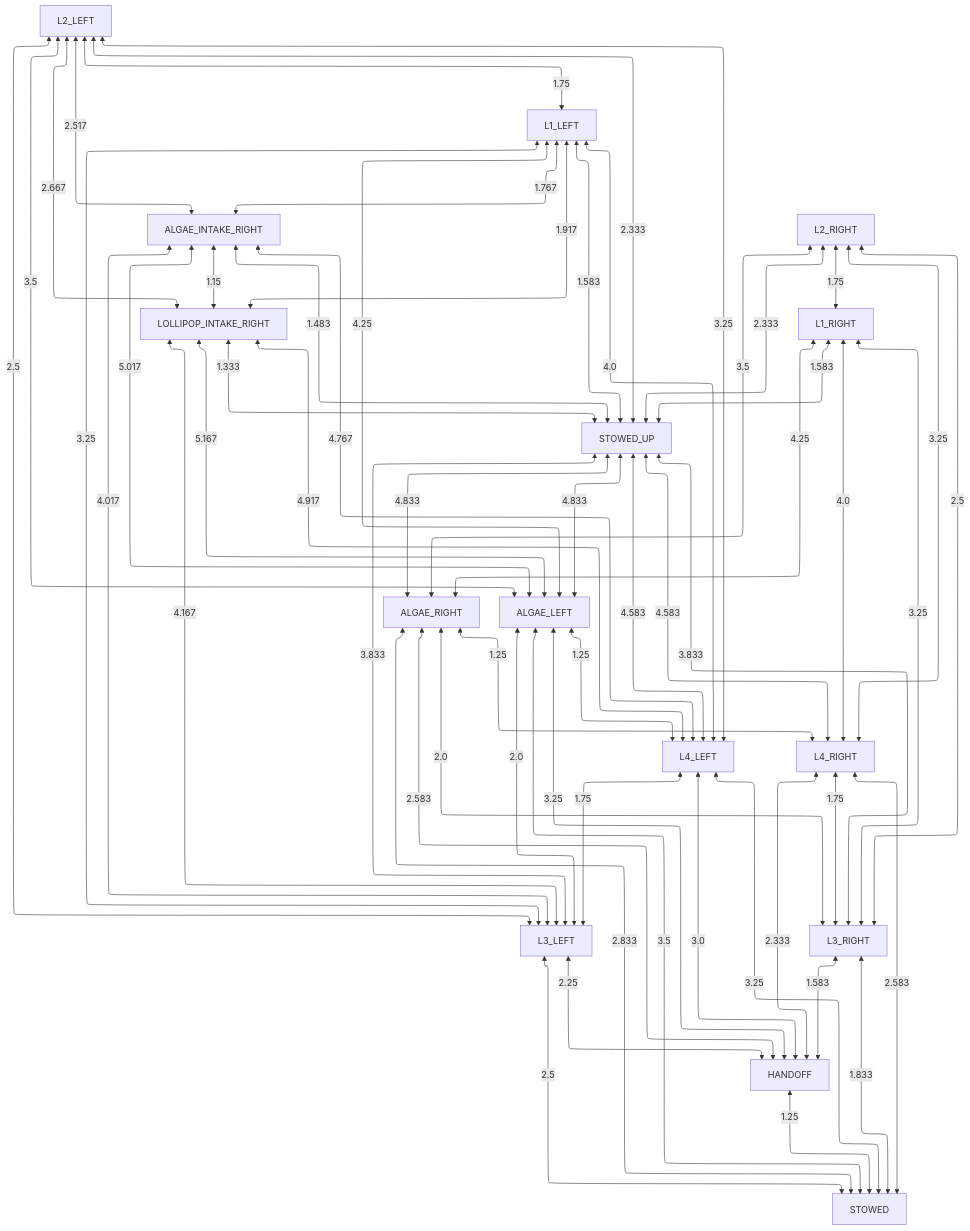
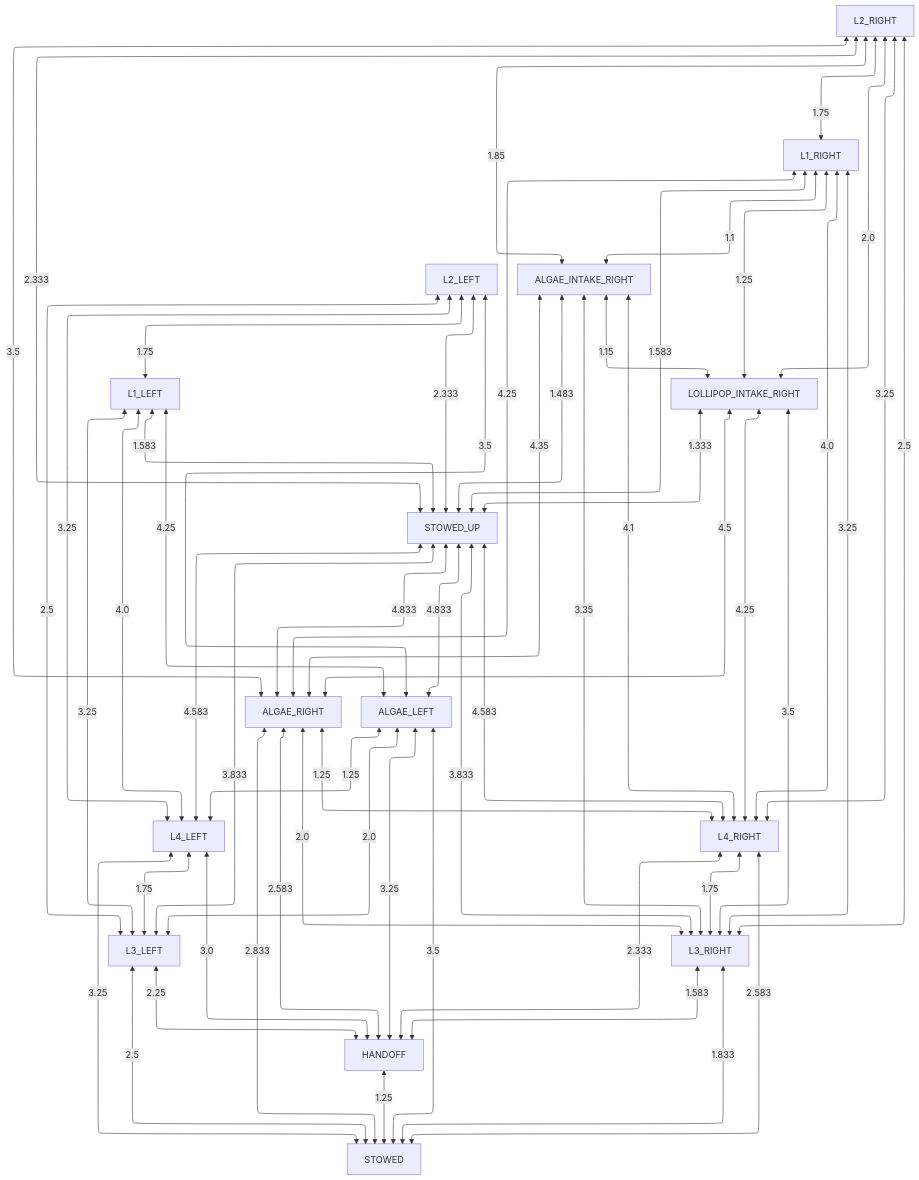
The diagram in docs/collision_avoidance/no_obstruction.md (team581/offseason-2025-comp), drawn with Mermaid before and after one commit. The commit also changed 3 other files, not shown here.

Commit message:
Improve output of graph visualizer for infinite cost edges

````diff
--- a/docs/collision_avoidance/no_obstruction.md
+++ b/docs/collision_avoidance/no_obstruction.md
@@ -3,61 +3,61 @@
 ```mermaid
 %%{ init: { "flowchart": { "defaultRenderer": "elk" } } }%%
 graph TD
 
 HANDOFF <-- 1.25 --> STOWED
 L3_LEFT <-- 2.5 --> STOWED
 L3_RIGHT <-- 1.833 --> STOWED
 L4_LEFT <-- 3.25 --> STOWED
 L4_RIGHT <-- 2.583 --> STOWED
 ALGAE_RIGHT <-- 2.833 --> STOWED
 ALGAE_LEFT <-- 3.5 --> STOWED
 L3_LEFT <-- 2.25 --> HANDOFF
 L3_RIGHT <-- 1.583 --> HANDOFF
 L4_LEFT <-- 3.0 --> HANDOFF
 L4_RIGHT <-- 2.333 --> HANDOFF
 ALGAE_LEFT <-- 3.25 --> HANDOFF
 ALGAE_RIGHT <-- 2.583 --> HANDOFF
 STOWED_UP <-- 3.833 --> L3_LEFT
-ALGAE_INTAKE_RIGHT <-- 4.017 --> L3_LEFT
-LOLLIPOP_INTAKE_RIGHT <-- 4.167 --> L3_LEFT
 L1_LEFT <-- 3.25 --> L3_LEFT
 L2_LEFT <-- 2.5 --> L3_LEFT
 L4_LEFT <-- 1.75 --> L3_LEFT
 ALGAE_LEFT <-- 2.0 --> L3_LEFT
 STOWED_UP <-- 3.833 --> L3_RIGHT
+ALGAE_INTAKE_RIGHT <-- 3.35 --> L3_RIGHT
+LOLLIPOP_INTAKE_RIGHT <-- 3.5 --> L3_RIGHT
 L1_RIGHT <-- 3.25 --> L3_RIGHT
 L2_RIGHT <-- 2.5 --> L3_RIGHT
 L4_RIGHT <-- 1.75 --> L3_RIGHT
 ALGAE_RIGHT <-- 2.0 --> L3_RIGHT
 STOWED_UP <-- 4.583 --> L4_LEFT
-ALGAE_INTAKE_RIGHT <-- 4.767 --> L4_LEFT
-LOLLIPOP_INTAKE_RIGHT <-- 4.917 --> L4_LEFT
 L1_LEFT <-- 4.0 --> L4_LEFT
 L2_LEFT <-- 3.25 --> L4_LEFT
 ALGAE_LEFT <-- 1.25 --> L4_LEFT
 STOWED_UP <-- 4.583 --> L4_RIGHT
+ALGAE_INTAKE_RIGHT <-- 4.1 --> L4_RIGHT
+LOLLIPOP_INTAKE_RIGHT <-- 4.25 --> L4_RIGHT
 L1_RIGHT <-- 4.0 --> L4_RIGHT
 L2_RIGHT <-- 3.25 --> L4_RIGHT
 ALGAE_RIGHT <-- 1.25 --> L4_RIGHT
 STOWED_UP <-- 4.833 --> ALGAE_RIGHT
+ALGAE_INTAKE_RIGHT <-- 4.35 --> ALGAE_RIGHT
+LOLLIPOP_INTAKE_RIGHT <-- 4.5 --> ALGAE_RIGHT
 L1_RIGHT <-- 4.25 --> ALGAE_RIGHT
 L2_RIGHT <-- 3.5 --> ALGAE_RIGHT
 STOWED_UP <-- 4.833 --> ALGAE_LEFT
-ALGAE_INTAKE_RIGHT <-- 5.017 --> ALGAE_LEFT
-LOLLIPOP_INTAKE_RIGHT <-- 5.167 --> ALGAE_LEFT
 L1_LEFT <-- 4.25 --> ALGAE_LEFT
 L2_LEFT <-- 3.5 --> ALGAE_LEFT
 LOLLIPOP_INTAKE_RIGHT <-- 1.333 --> STOWED_UP
 ALGAE_INTAKE_RIGHT <-- 1.483 --> STOWED_UP
 L1_LEFT <-- 1.583 --> STOWED_UP
 L2_LEFT <-- 2.333 --> STOWED_UP
 L1_RIGHT <-- 1.583 --> STOWED_UP
 L2_RIGHT <-- 2.333 --> STOWED_UP
 ALGAE_INTAKE_RIGHT <-- 1.15 --> LOLLIPOP_INTAKE_RIGHT
-L1_LEFT <-- 1.917 --> LOLLIPOP_INTAKE_RIGHT
-L2_LEFT <-- 2.667 --> LOLLIPOP_INTAKE_RIGHT
-L1_LEFT <-- 1.767 --> ALGAE_INTAKE_RIGHT
-L2_LEFT <-- 2.517 --> ALGAE_INTAKE_RIGHT
+L1_RIGHT <-- 1.25 --> LOLLIPOP_INTAKE_RIGHT
+L2_RIGHT <-- 2.0 --> LOLLIPOP_INTAKE_RIGHT
+L1_RIGHT <-- 1.1 --> ALGAE_INTAKE_RIGHT
+L2_RIGHT <-- 1.85 --> ALGAE_INTAKE_RIGHT
 L2_LEFT <-- 1.75 --> L1_LEFT
 L2_RIGHT <-- 1.75 --> L1_RIGHT
 ```
````
